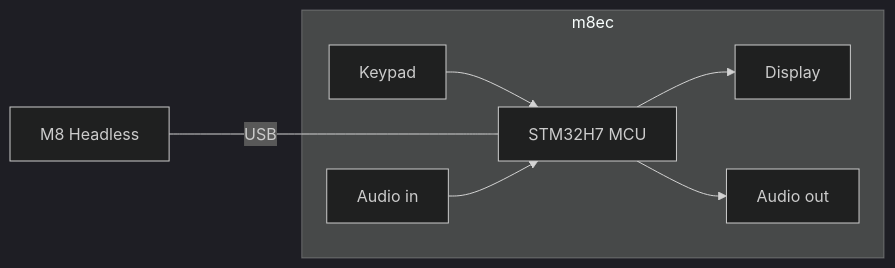
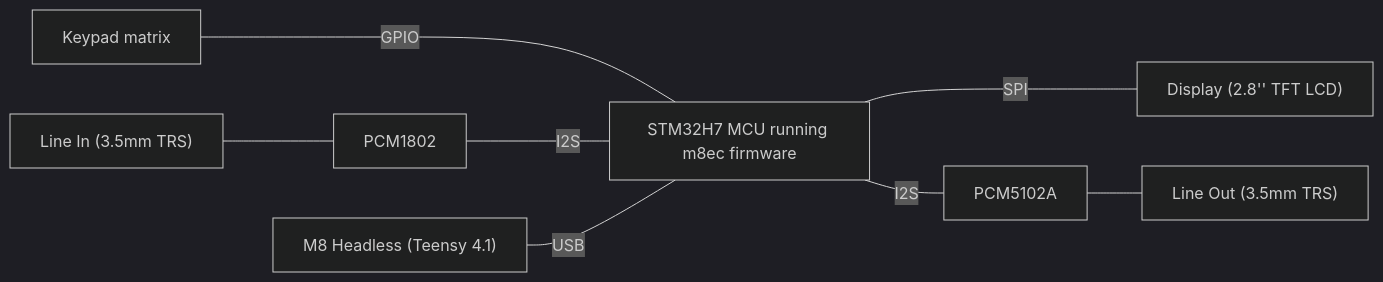
The diagram in README.md (lukasnee/m8ec), drawn with Mermaid (dark theme) before and after one commit. The commit also changed other lines of this file, not shown here.

Commit message:
docs: imporve mermaid graph

````diff
--- a/README.md
+++ b/README.md
@@ -26,15 +17,10 @@
 ```mermaid
 graph LR
-    D[Keypad] --> B
-    A[M8 Headless] -----|USB| B[STM32H7 MCU]
-    B --> C[Display]
-    B --> E[Audio out]
-    F[Audio in] --> B
-    subgraph m8ec
-        B
-        C
-        D
-        E
-        F
-    end
+D[Keypad matrix] ----|GPIO| B
+H[PCM1802] ---|I2S| B
+G --- I["Line Out (3.5mm TRS)"]
+J["Line In (3.5mm TRS)"] --- H
+B ----|SPI| C["Display (2.8'' TFT LCD)"]
+B ---|I2S| G[PCM5102A]
+A["M8 Headless (Teensy 4.1)"] ---|USB| B[STM32H7 MCU running m8ec firmware]
 ```
````
